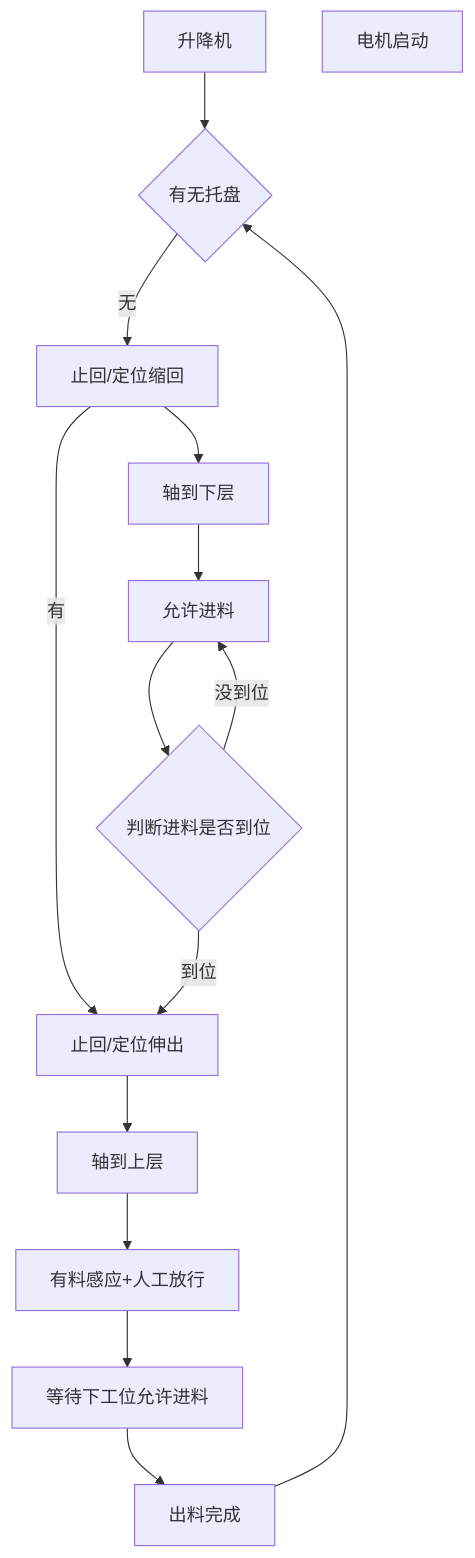
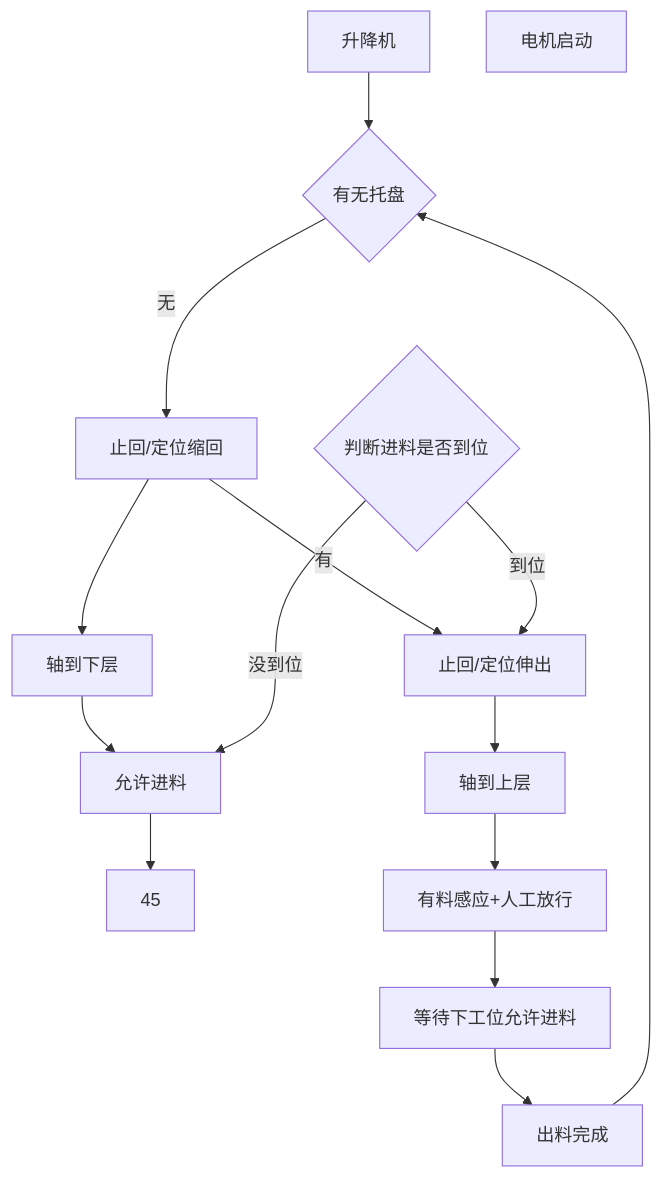
Before and after one commit to PengKun1/iodraw-files: the diagram in all/升降台.md, drawn with Mermaid.

Commit message:
2024-12-23 11:32:20 update

````diff
--- a/all/升降台.md
+++ b/all/升降台.md
@@ -1,17 +1,17 @@
 ```mermaid
 graph TD
 0[升降机]-->10
 10{有无托盘}-->|无|20
 20-->|有|60
 20[止回/定位缩回]-->30
 30[轴到下层]-->40
-40[允许进料]-->50
+40[允许进料]-->45
 55[电机启动]
 50{判断进料是否到位}-->|到位|60
 50-->|没到位|40
 60[止回/定位伸出]-->70
 70[轴到上层]-->80
 80[有料感应+人工放行]-->90
 90[等待下工位允许进料]-->100
 100[出料完成]-->10
 ```
````
